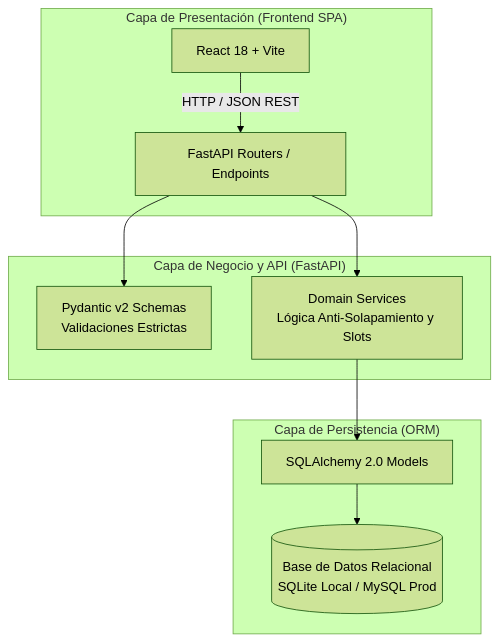
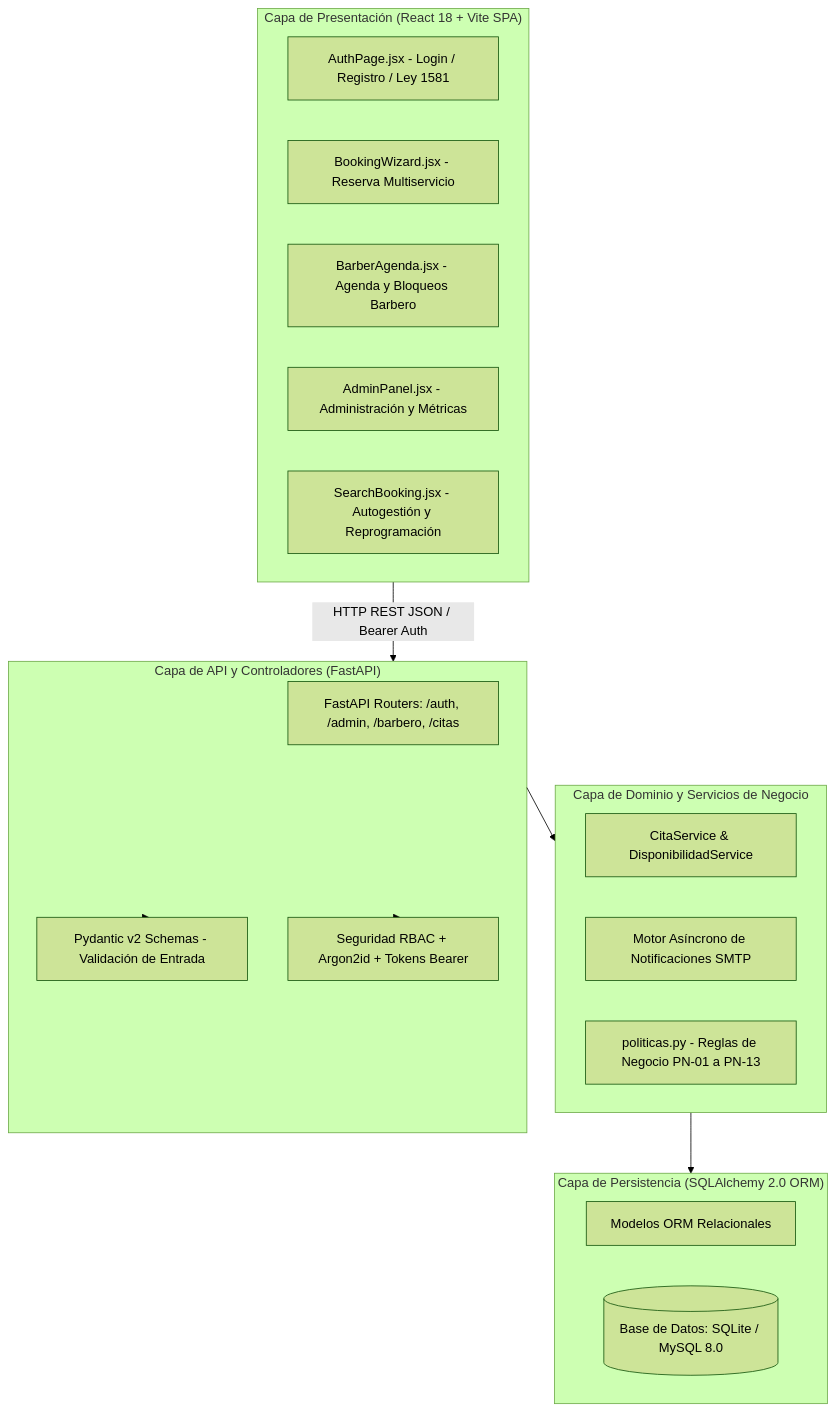
One commit to JuanD1603/gestor-barberia changed the first of 2 diagrams in README.md. Above: the diagram before and after it, drawn with Mermaid (forest theme). The commit also changed other lines of this file and 2 other files, not shown here.

````diff
--- a/README.md
+++ b/README.md
@@ -50,22 +63,33 @@
 ```mermaid
 graph TD
-    subgraph Frontend["Capa de Presentación (Frontend SPA)"]
-        UI[React 18 + Vite]
-        UI -->|HTTP / JSON REST| API
+    subgraph Frontend["Capa de Presentación (React 18 + Vite SPA)"]
+        UI_A[AuthPage.jsx - Login / Registro / Ley 1581]
+        UI_B[BookingWizard.jsx - Reserva Multiservicio]
+        UI_G[BarberAgenda.jsx - Agenda y Bloqueos Barbero]
+        UI_P[AdminPanel.jsx - Administración y Métricas]
+        UI_S[SearchBooking.jsx - Autogestión y Reprogramación]
     end
 
-    subgraph Backend["Capa de Negocio y API (FastAPI)"]
-        API[FastAPI Routers / Endpoints]
-        VAL[Pydantic v2 Schemas<br/>Validaciones Estrictas]
-        SRV[Domain Services<br/>Lógica Anti-Solapamiento y Slots]
-        API --> VAL
-        API --> SRV
+    subgraph BackendAPI["Capa de API y Controladores (FastAPI)"]
+        API[FastAPI Routers: /auth, /admin, /barbero, /citas]
+        VAL[Pydantic v2 Schemas - Validación de Entrada]
+        SEC[Seguridad RBAC + Argon2id + Tokens Bearer]
     end
 
-    subgraph Persistence["Capa de Persistencia (ORM)"]
-        ORM[SQLAlchemy 2.0 Models]
-        DB[(Base de Datos Relacional<br/>SQLite Local / MySQL Prod)]
-        SRV --> ORM
-        ORM --> DB
+    subgraph Domain["Capa de Dominio y Servicios de Negocio"]
+        SRV[CitaService & DisponibilidadService]
+        NOTIF[Motor Asíncrono de Notificaciones SMTP]
+        POL[politicas.py - Reglas de Negocio PN-01 a PN-13]
     end
+
+    subgraph Persistence["Capa de Persistencia (SQLAlchemy 2.0 ORM)"]
+        ORM[Modelos ORM Relacionales]
+        DB[(Base de Datos: SQLite / MySQL 8.0)]
+    end
+
+    Frontend -->|HTTP REST JSON / Bearer Auth| BackendAPI
+    BackendAPI --> VAL
+    BackendAPI --> SEC
+    BackendAPI --> Domain
+    Domain --> Persistence
 ```
````
